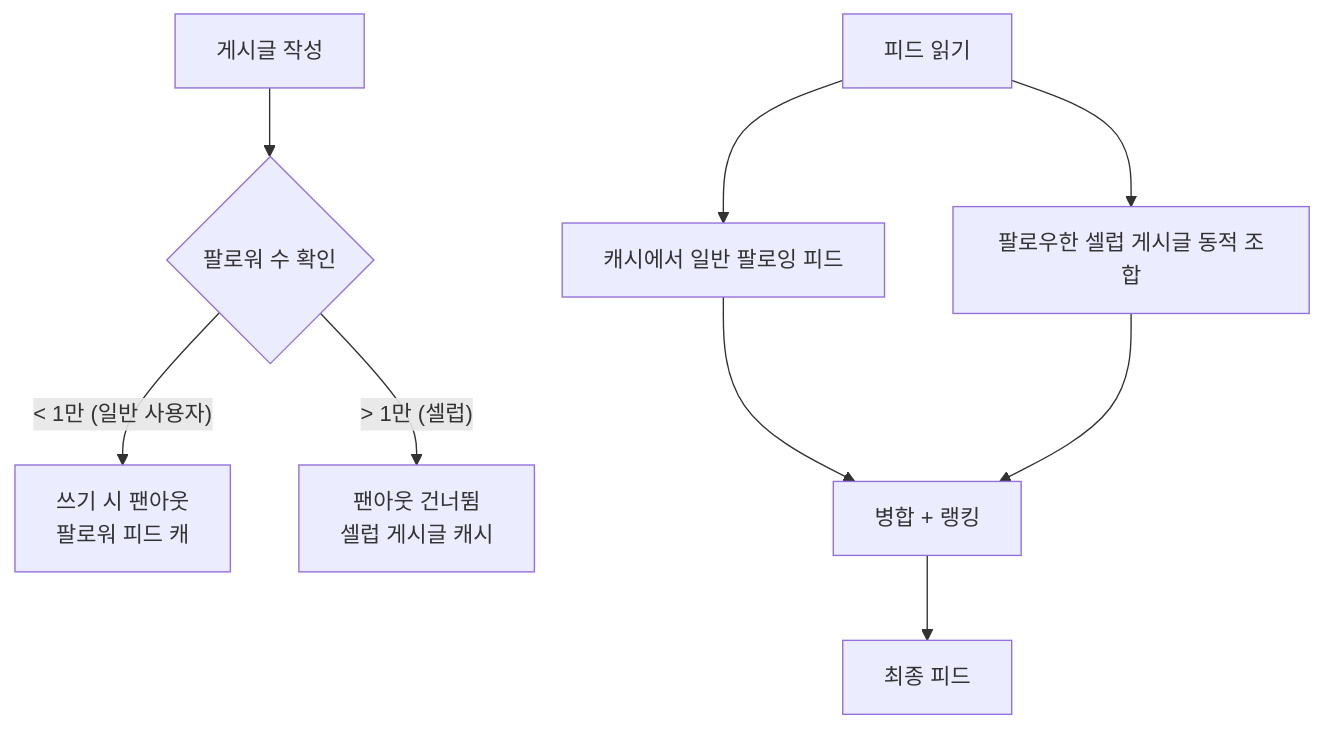
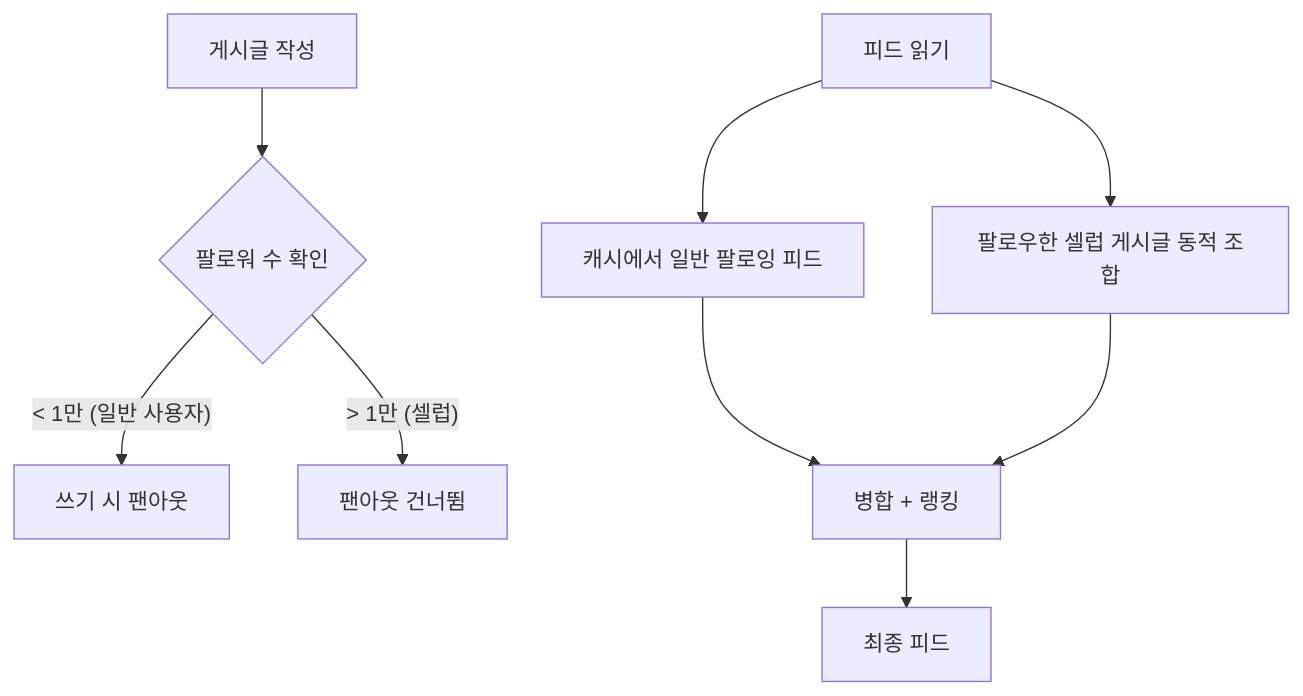
Before and after one commit to yjkim2015/yjkim2015.github.io: the third of 6 diagrams in _posts/systemdesign/2026-05-02-system-design-newsfeed.md, drawn with Mermaid. The commit also changed other lines of this file and 217 other files, not shown here.

First line of the commit message:
Mermaid 크기 수정: useMaxWidth:true + SVG max-width:100% + 라벨 축소

````diff
--- a/_posts/systemdesign/2026-05-02-system-design-newsfeed.md
+++ b/_posts/systemdesign/2026-05-02-system-design-newsfeed.md
@@ -91,11 +91,11 @@
 ```mermaid
 graph TD
     Post["게시글 작성"] --> Check{"팔로워 수 확인"}
-    Check -->|"< 1만 (일반 사용자)"| Push["쓰기 시 팬아웃\n팔로워 피드 캐"]
-    Check -->|"> 1만 (셀럽)"| Pull["팬아웃 건너뜀\n셀럽 게시글 캐시"]
+    Check -->|"< 1만 (일반 사용자)"| Push["쓰기 시 팬아웃"]
+    Check -->|"> 1만 (셀럽)"| Pull["팬아웃 건너뜀"]
     ReadReq["피드 읽기"] --> NormalFeed["캐시에서 일반 팔로잉 피드"]
     ReadReq --> CelebFeed["팔로우한 셀럽 게시글 동적 조합"]
     NormalFeed --> Merge["병합 + 랭킹"]
     CelebFeed --> Merge
     Merge --> Final["최종 피드"]
 ```
````
